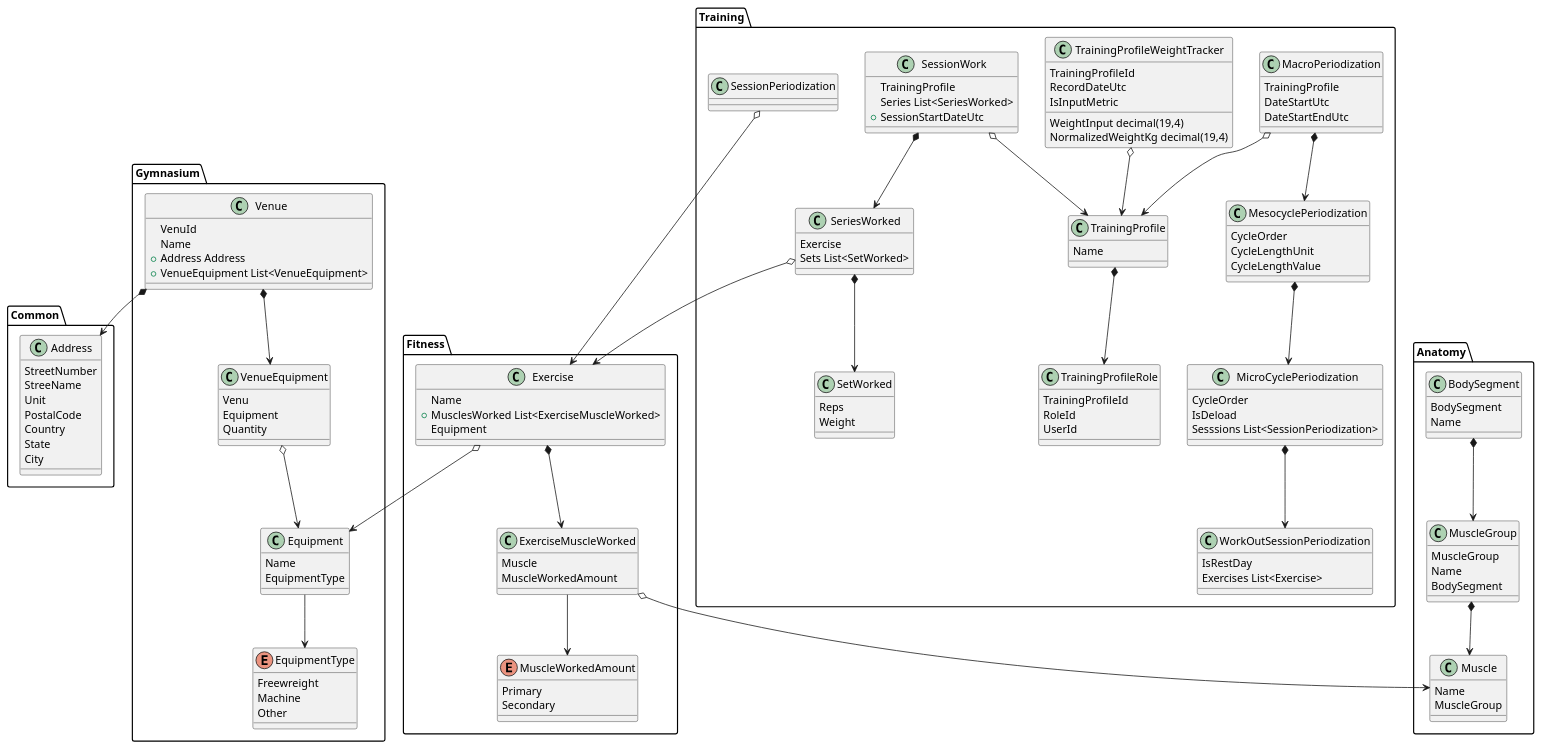
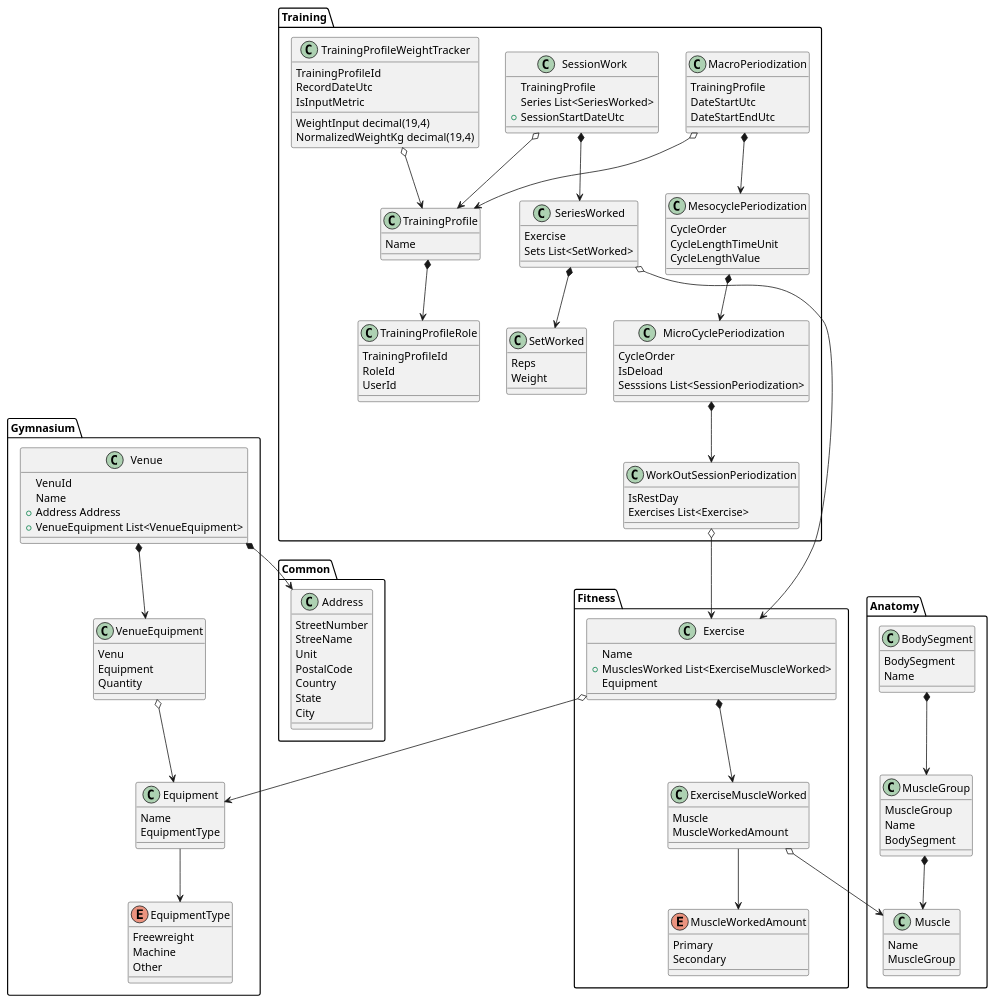
Before and after one commit to MatthewVRobertson/fortitutor-docs: the diagram in Core.plantuml, drawn with PlantUML.

Commit message:
Uml Class Model

```diff
--- a/Core.plantuml
+++ b/Core.plantuml
@@ -1,167 +1,167 @@
 @startuml
 
 package Anatomy {
     class MuscleGroup {
         MuscleGroup
         Name
         BodySegment
     }
 
     class Muscle {
         Name
         MuscleGroup
     }
 
     class BodySegment {
         BodySegment
         Name
     }
     
     BodySegment *--> MuscleGroup
     MuscleGroup *--> Muscle
 }
 
 package Fitness {
     class Exercise {
         Name
         + MusclesWorked List<ExerciseMuscleWorked>
         Equipment
     }
 
     class ExerciseMuscleWorked {
         Muscle
         MuscleWorkedAmount
     }
 
     enum MuscleWorkedAmount {
         Primary
         Secondary
     }
 
     Exercise *--> ExerciseMuscleWorked
     ExerciseMuscleWorked --> MuscleWorkedAmount
     ExerciseMuscleWorked o--> Anatomy.Muscle
 }
 
 Fitness.Exercise o--> Gymnasium.Equipment
 
 package Training {
     class TrainingProfile {
         Name
     }
 
     class MacroPeriodization
     {
         TrainingProfile
         DateStartUtc
         DateStartEndUtc
     }
 
     class MesocyclePeriodization
     {
         CycleOrder        
-        CycleLengthUnit
+        CycleLengthTimeUnit
         CycleLengthValue
     }
 
     class MicroCyclePeriodization
     {
         CycleOrder
         IsDeload        
         Sesssions List<SessionPeriodization>
     }
 
     class WorkOutSessionPeriodization
     {
         IsRestDay
         Exercises List<Exercise> 
     }
 
     MacroPeriodization *--> MesocyclePeriodization     
     MesocyclePeriodization *--> MicroCyclePeriodization
     MicroCyclePeriodization *--> WorkOutSessionPeriodization
 
     class TrainingProfileWeightTracker {
         TrainingProfileId
         RecordDateUtc
         WeightInput decimal(19,4)
         IsInputMetric
         NormalizedWeightKg decimal(19,4)
     }
 
     class TrainingProfileRole {
         TrainingProfileId
         RoleId
         UserId
     }
 
     class SessionWork {
         TrainingProfile
         Series List<SeriesWorked>
         + SessionStartDateUtc
     }
 
     class SeriesWorked {
         Exercise
         Sets List<SetWorked>
     }
 
     class SetWorked {
         Reps
         Weight
     }
 
-    SessionPeriodization o--> Fitness.Exercise
+    WorkOutSessionPeriodization o--> Fitness.Exercise
     TrainingProfileWeightTracker o--> TrainingProfile
     MacroPeriodization o--> TrainingProfile
     TrainingProfile *--> TrainingProfileRole
     SessionWork o--> TrainingProfile
     SessionWork *--> SeriesWorked
     SeriesWorked *--> SetWorked
 }
 
 Training.SeriesWorked o--> Fitness.Exercise
 
 package Gymnasium {
     class Venue {
         VenuId
         Name  
         + Address Address      
         + VenueEquipment List<VenueEquipment>
     }
 
     class VenueEquipment {
         Venu
         Equipment
         Quantity
     }
 
     class Equipment {
         Name
         EquipmentType
     }
 
     enum EquipmentType {
         Freewreight
         Machine
         Other
     }
     
     Venue *--> VenueEquipment
     VenueEquipment o--> Equipment
     Equipment --> EquipmentType
 }
 Venue *--> Common.Address
 
 package Common {
     class Address {
         StreetNumber
         StreeName
         Unit
         PostalCode
         Country
         State
         City
     }
 }
 @enduml
```
